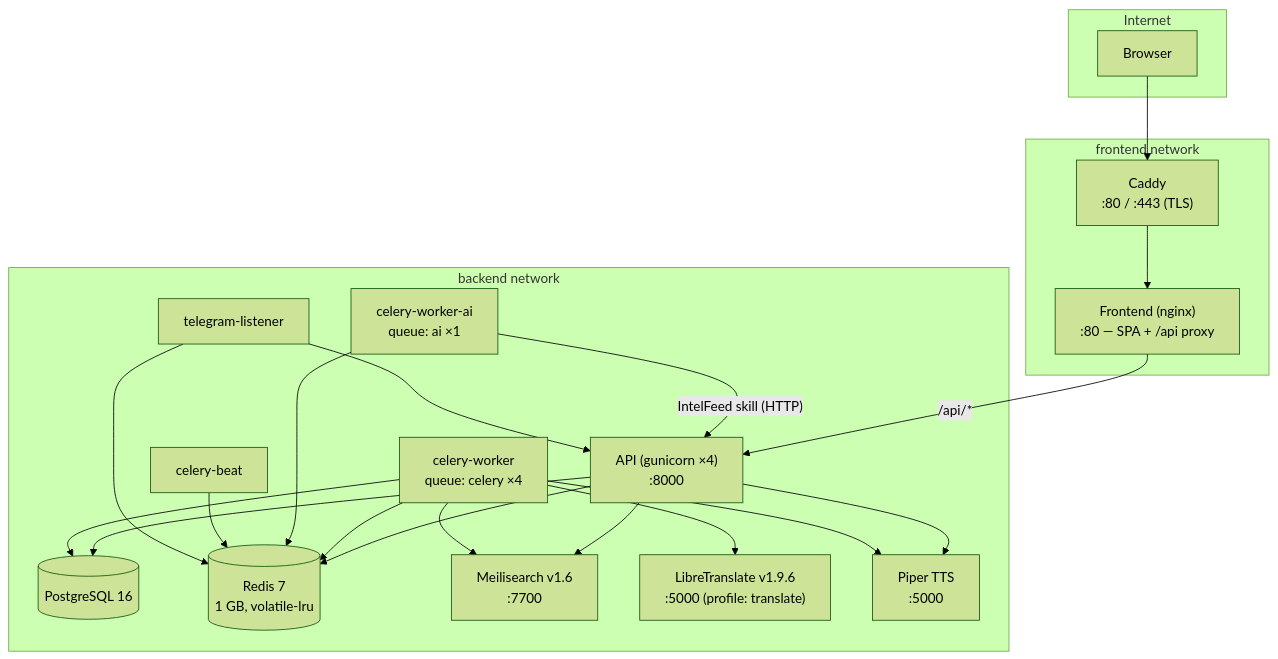
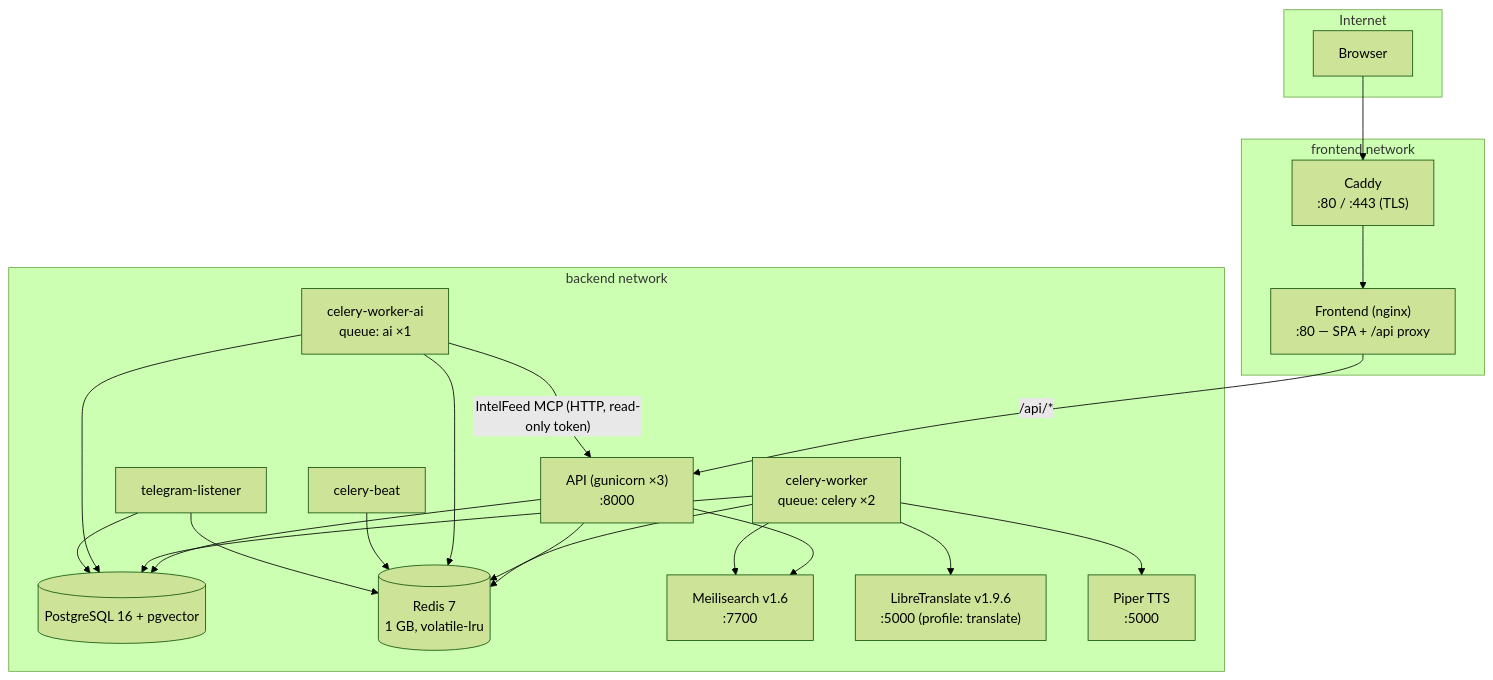
One commit to a-oneil/IntelFeed changed the diagram in docs/diagrams/operations-service-topology.md. Above: the diagram before and after it, drawn with Mermaid (forest theme). The commit also changed other lines of this file and 101 other files, not shown here.

````diff
--- a/docs/diagrams/operations-service-topology.md
+++ b/docs/diagrams/operations-service-topology.md
@@ -5,41 +5,41 @@
 ```mermaid
 graph TD
     subgraph internet [Internet]
         U[Browser]
     end
 
     subgraph fe [frontend network]
         Caddy["Caddy<br/>:80 / :443 (TLS)"]
         FE["Frontend (nginx)<br/>:80 — SPA + /api proxy"]
     end
 
     subgraph be [backend network]
-        API["API (gunicorn ×4)<br/>:8000"]
-        DB[("PostgreSQL 16")]
+        API["API (gunicorn ×3)<br/>:8000"]
+        DB[("PostgreSQL 16 + pgvector")]
         R[("Redis 7<br/>1 GB, volatile-lru")]
         MS["Meilisearch v1.6<br/>:7700"]
         LT["LibreTranslate v1.9.6<br/>:5000 (profile: translate)"]
         P["Piper TTS<br/>:5000"]
-        W["celery-worker<br/>queue: celery ×4"]
+        W["celery-worker<br/>queue: celery ×2"]
         WC["celery-worker-ai<br/>queue: ai ×1"]
         B["celery-beat"]
         TG["telegram-listener"]
     end
 
     U --> Caddy --> FE
     FE -- "/api/*" --> API
     API --> DB
     API --> R
     API --> MS
-    API --> P
     W --> DB
     W --> R
     W --> MS
     W --> LT
     W --> P
+    WC --> DB
     WC --> R
-    WC -- "IntelFeed skill (HTTP)" --> API
+    WC -- "IntelFeed MCP (HTTP, read-only token)" --> API
     B --> R
-    TG --> API
+    TG --> DB
     TG --> R
 ```
````
